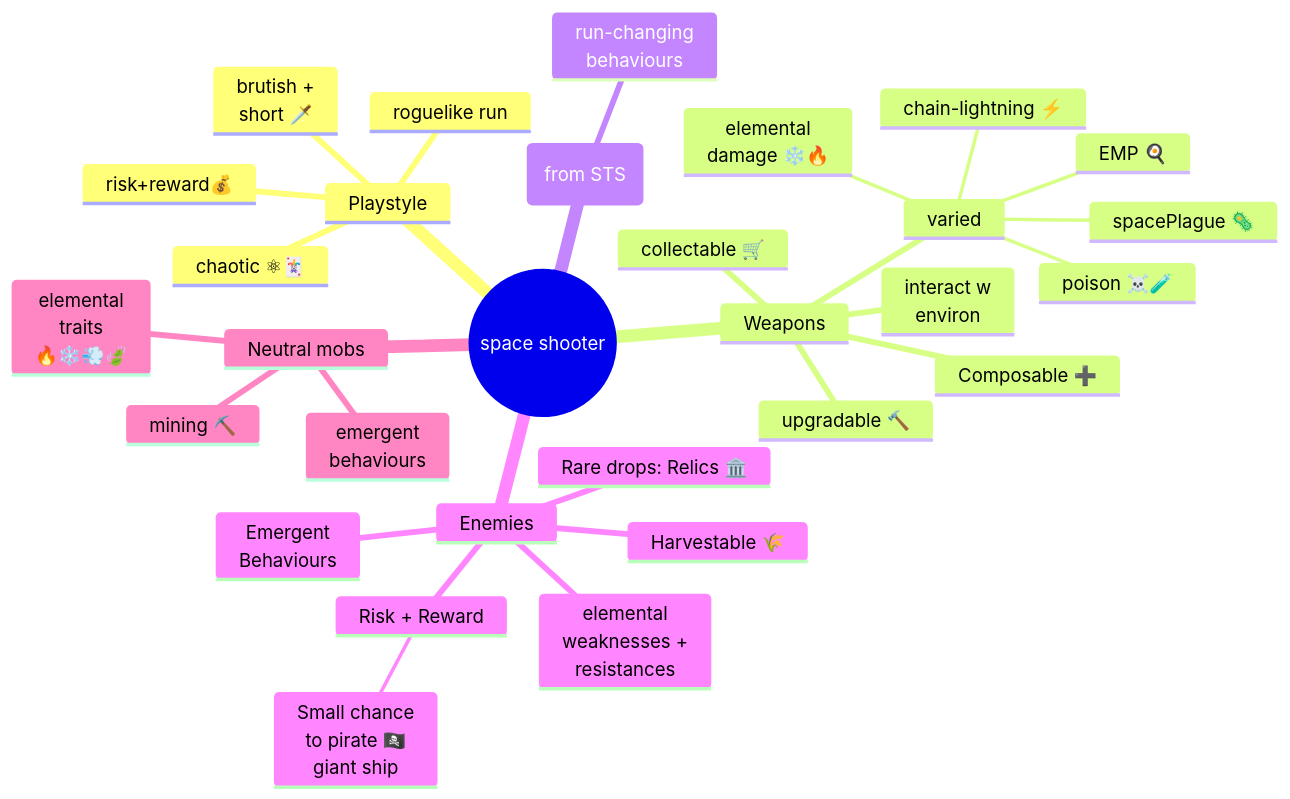
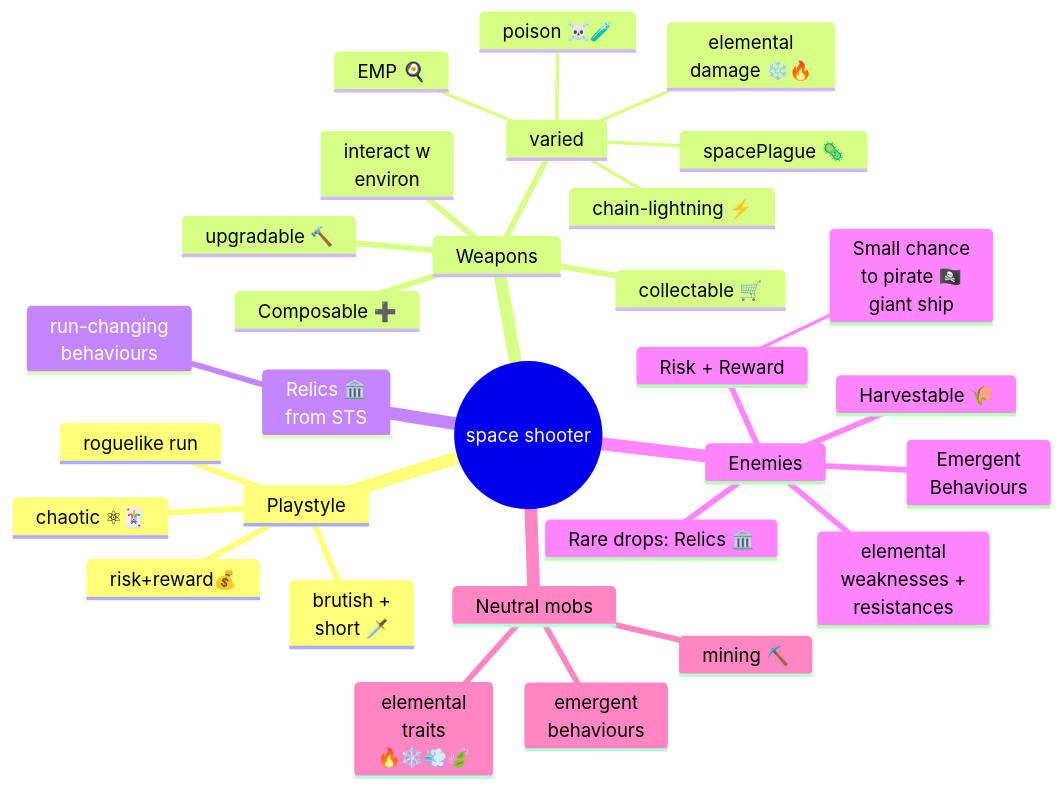
One commit to nbogie/p5js-space-scroller changed the diagram in docs/todo.md. Above: the diagram before and after it, drawn with Mermaid.

````diff
--- a/docs/todo.md
+++ b/docs/todo.md
@@ -22,34 +22,34 @@
 ```mermaid
 %%{init: {'theme': 'default'}}%%
 mindmap
   root((space shooter))
     Playstyle
       roguelike run
       risk+reward💰
       chaotic ⚛🃏
       brutish +<br/>short 🗡️
     Weapons
       Composable ➕
       varied
         elemental<br/>damage ❄️🔥
         spacePlague 🦠
         EMP 🍳
         chain-lightning ⚡️
         poison ☠️🧪
       interact w<br/>environ
       collectable 🛒
       upgradable 🔨
-    Relics (from STS)
+    Relics 🏛️<br/>from STS
       run-changing<br/>behaviours
     Enemies
       Emergent<br/>Behaviours
       Risk + Reward
         Small chance<br/>to pirate 🏴‍☠️<br/>giant ship
       elemental<br/>weaknesses +<br/>resistances
       Harvestable 🌾
       Rare drops: Relics 🏛️
     Neutral mobs
       elemental<br/>traits<br/>🔥❄️💨🍃
       emergent<br/>behaviours
       mining ⛏️
 ```
````
